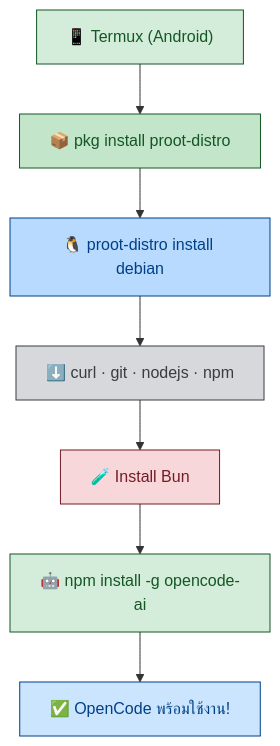
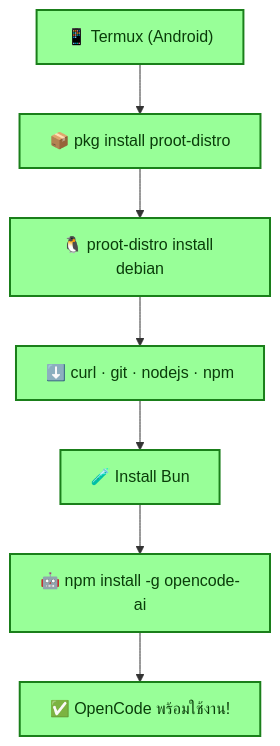
One commit to Aa-ok99/debian--ai changed the diagram in README.md. Above: the diagram before and after it, drawn with Mermaid.

Commit message:
ปรับปรุง Mermaid flowchart: เปลี่ยนสีเป็นเขียวมิ้นทั้งหมด

````diff
--- a/README.md
+++ b/README.md
@@ -21,17 +21,17 @@
 ```mermaid
 flowchart TD
   A["📱 Termux (Android)"] --> B["📦 pkg install proot-distro"]
   B --> C["🐧 proot-distro install debian"]
   C --> D["⬇️ curl · git · nodejs · npm"]
   D --> E["🧪 Install Bun"]
   E --> F["🤖 npm install -g opencode-ai"]
   F --> G["✅ OpenCode พร้อมใช้งาน!"]
 
-  style A fill:#d4edda,stroke:#155724,color:#155724
-  style B fill:#c3e6cb,stroke:#155724,color:#155724
-  style C fill:#b8daff,stroke:#004085,color:#004085
-  style D fill:#d6d8db,stroke:#383d41,color:#383d41
-  style E fill:#f8d7da,stroke:#721c24,color:#721c24
-  style F fill:#d4edda,stroke:#155724,color:#155724
-  style G fill:#cce5ff,stroke:#004085,color:#004085
+  style A fill:#98FF98,stroke:#1a7f1a,stroke-width:2px,color:#0a3d0a
+  style B fill:#98FF98,stroke:#1a7f1a,stroke-width:2px,color:#0a3d0a
+  style C fill:#98FF98,stroke:#1a7f1a,stroke-width:2px,color:#0a3d0a
+  style D fill:#98FF98,stroke:#1a7f1a,stroke-width:2px,color:#0a3d0a
+  style E fill:#98FF98,stroke:#1a7f1a,stroke-width:2px,color:#0a3d0a
+  style F fill:#98FF98,stroke:#1a7f1a,stroke-width:2px,color:#0a3d0a
+  style G fill:#98FF98,stroke:#1a7f1a,stroke-width:2px,color:#0a3d0a
 ```
````
